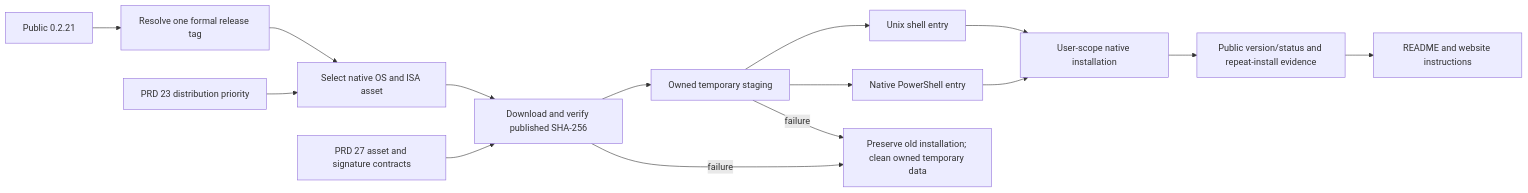
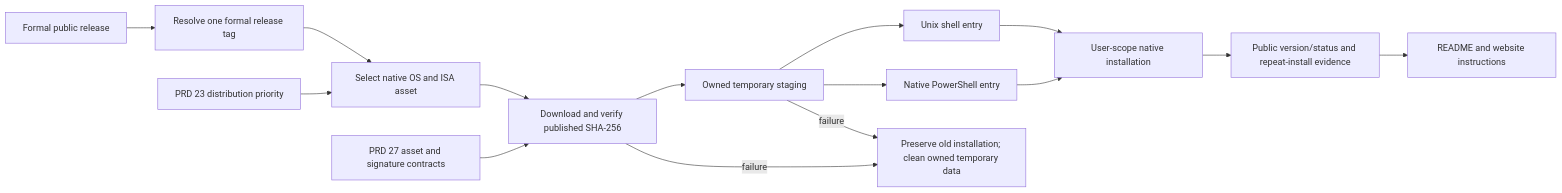
Before and after one commit to partnernetsoftware/minicon: the diagram in prd/PRD_02_27_01_install.md, drawn with Mermaid. The commit also changed other lines of this file and 41 other files, not shown here.

````diff
--- a/prd/PRD_02_27_01_install.md
+++ b/prd/PRD_02_27_01_install.md
@@ -49,17 +50,17 @@
 ```mermaid
 flowchart LR
-    P[Public 0.2.21] --> V[Resolve one formal release tag]
+    P[Formal public release] --> V[Resolve one formal release tag]
     V --> A[Select native OS and ISA asset]
     A --> H[Download and verify published SHA-256]
     H --> S[Owned temporary staging]
     S --> U[Unix shell entry]
     S --> W[Native PowerShell entry]
     U --> I[User-scope native installation]
     W --> I
     I --> E[Public version/status and repeat-install evidence]
     E --> D[README and website instructions]
     H -->|failure| K[Preserve old installation; clean owned temporary data]
     S -->|failure| K
     R[PRD 23 distribution priority] --> A
     C[PRD 27 asset and signature contracts] --> H
 ```
````
